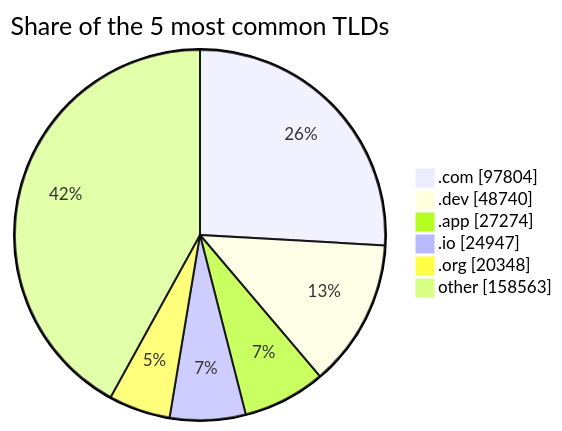
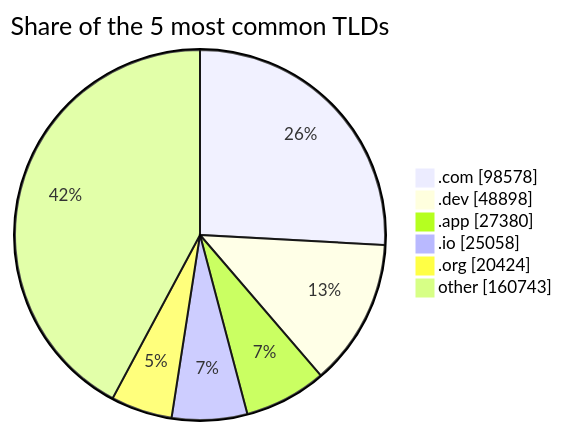
Before and after one commit to DNSBunker/CTI: the third of 3 diagrams in README.md, drawn with Mermaid. The commit also changed other lines of this file and 3 other files, not shown here.

````diff
--- a/README.md
+++ b/README.md
@@ -81,9 +81,9 @@
 ```mermaid
 pie showData title Share of the 5 most common TLDs
-    ".com" : 97804
-    ".dev" : 48740
-    ".app" : 27274
-    ".io" : 24947
-    ".org" : 20348
-    "other" : 158563
+    ".com" : 98578
+    ".dev" : 48898
+    ".app" : 27380
+    ".io" : 25058
+    ".org" : 20424
+    "other" : 160743
 ```
````
